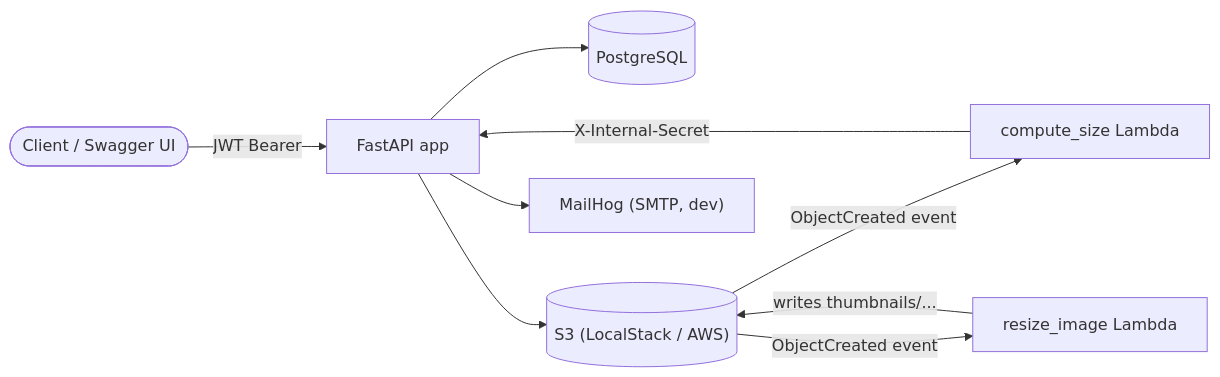
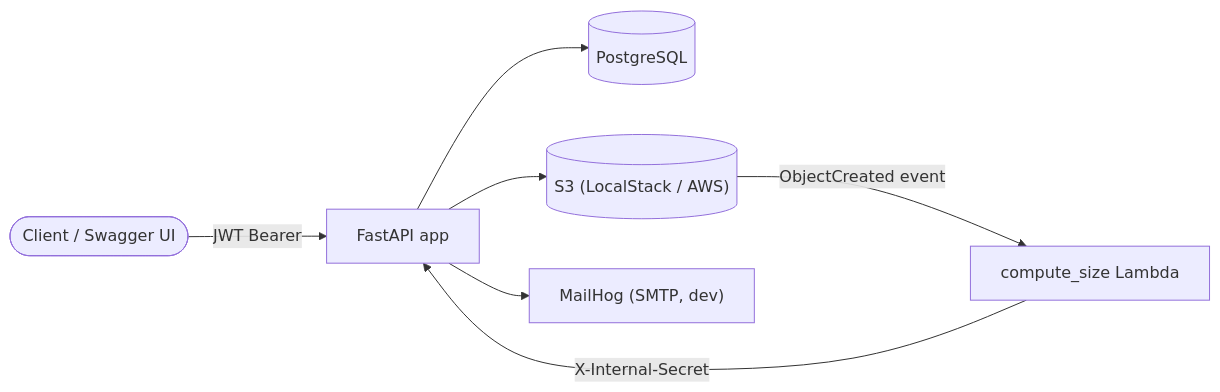
The diagram in README.md (ALEXANDER-kvata/Final-Project), drawn with Mermaid before and after one commit. The commit also changed other lines of this file and 20 other files, not shown here.

````diff
--- a/README.md
+++ b/README.md
@@ -28,13 +28,11 @@
 ```mermaid
 flowchart LR
     Client(["Client / Swagger UI"]) -->|JWT Bearer| API["FastAPI app"]
 
     API --> DB[("PostgreSQL")]
     API --> S3[("S3 (LocalStack / AWS)")]
     API --> Mail["MailHog (SMTP, dev)"]
 
     S3 -->|"ObjectCreated event"| ComputeSize["compute_size Lambda"]
-    S3 -->|"ObjectCreated event"| ResizeImage["resize_image Lambda"]
     ComputeSize -->|"X-Internal-Secret"| API
-    ResizeImage -->|"writes thumbnails/..."| S3
 ```
````
